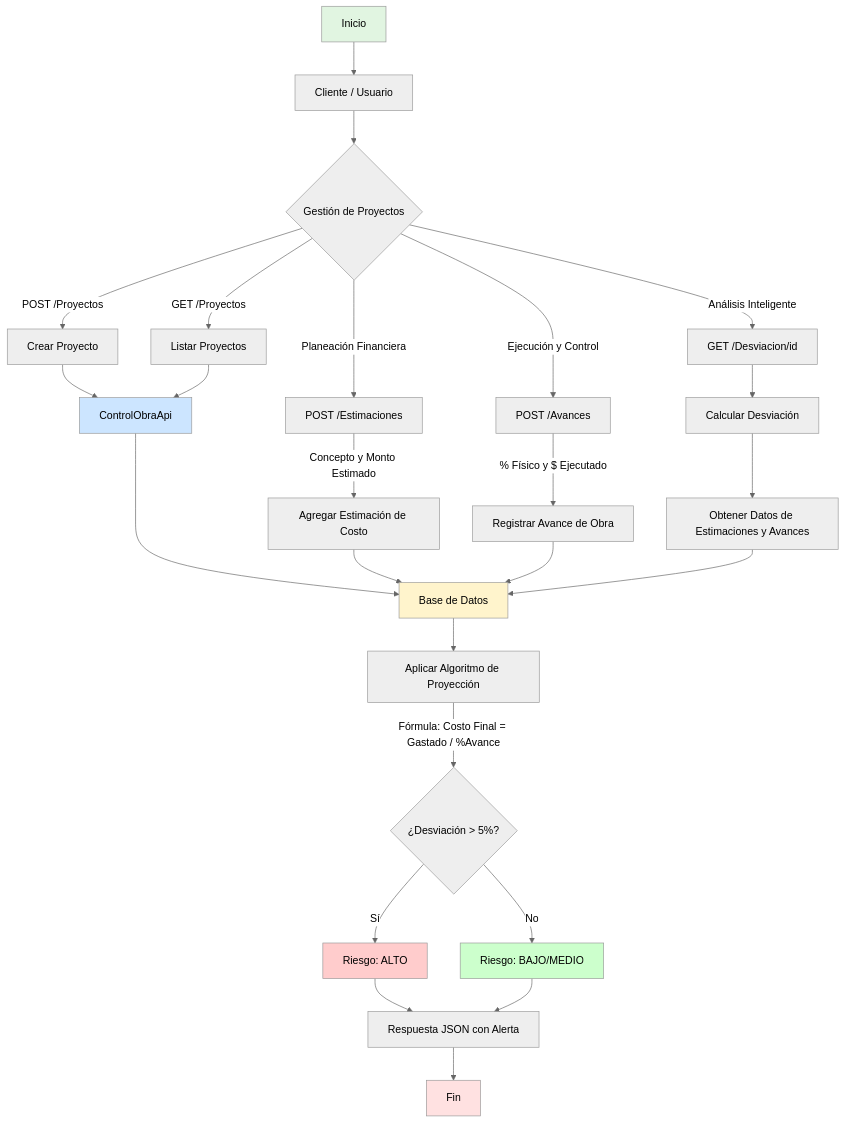
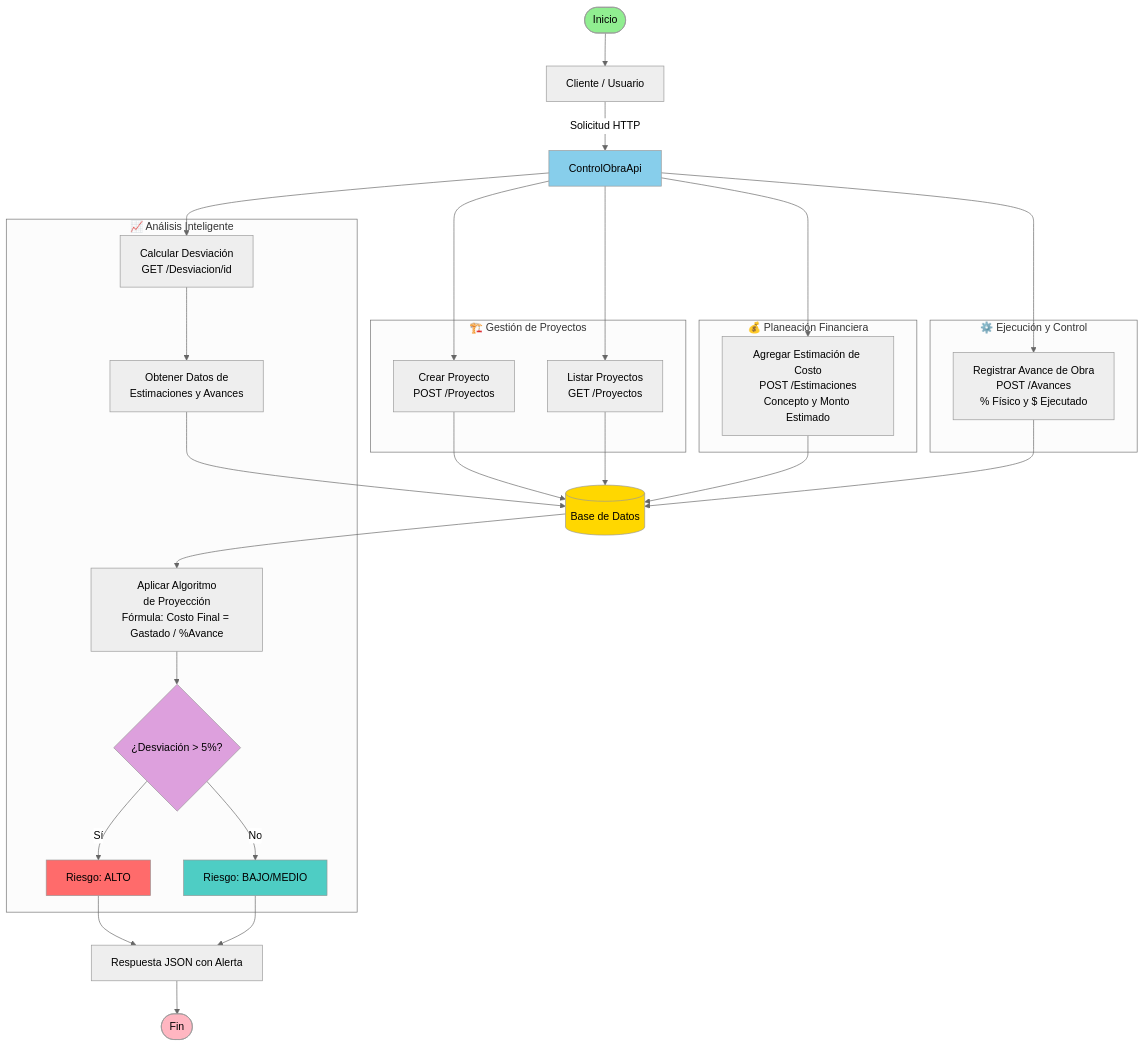
Before and after one commit to DRMiguel25/ControlObraApi: the diagram in README.md, drawn with Mermaid (neutral theme). The commit also changed other lines of this file, not shown here.

Commit message:
Revise flow diagram and module descriptions
Updated the flow diagram to include main modules and improved descriptions.

````diff
--- a/README.md
+++ b/README.md
@@ -104,44 +104,60 @@
 ```mermaid
 graph TD
-    A[Inicio] --> B[Cliente / Usuario]
-    B --> C{Gestión de Proyectos}
+    Start([Inicio]) --> User[Cliente / Usuario]
     
-    C -->|POST /Proyectos| D[Crear Proyecto]
-    C -->|GET /Proyectos| E[Listar Proyectos]
+    User -->|Solicitud HTTP| API[ControlObraApi]
     
-    D --> F[ControlObraApi]
-    E --> F
+    subgraph Gestión["🏗️ Gestión de Proyectos"]
+        CreateP[Crear Proyecto<br/>POST /Proyectos]
+        ListP[Listar Proyectos<br/>GET /Proyectos]
+    end
     
-    F --> G[Base de Datos]
+    subgraph Planning["💰 Planeación Financiera"]
+        AddEst[Agregar Estimación de Costo<br/>POST /Estimaciones<br/>Concepto y Monto Estimado]
+    end
     
-    C -->|Planeación Financiera| H[POST /Estimaciones]
-    H -->|Concepto y Monto Estimado| I[Agregar Estimación de Costo]
-    I --> G
+    subgraph Execution["⚙️ Ejecución y Control"]
+        RegAvance[Registrar Avance de Obra<br/>POST /Avances<br/>% Físico y $ Ejecutado]
+    end
     
-    C -->|Ejecución y Control| J[POST /Avances]
-    J -->|% Físico y $ Ejecutado| K[Registrar Avance de Obra]
-    K --> G
+    subgraph Analysis["📈 Análisis Inteligente"]
+        CalcDesv[Calcular Desviación<br/>GET /Desviacion/id]
+        GetData[Obtener Datos de<br/>Estimaciones y Avances]
+        Algorithm[Aplicar Algoritmo<br/>de Proyección<br/>Fórmula: Costo Final = Gastado / %Avance]
+        Decision{¿Desviación > 5%?}
+        RiskHigh[Riesgo: ALTO]
+        RiskLow[Riesgo: BAJO/MEDIO]
+    end
     
-    C -->|Análisis Inteligente| L[GET /Desviacion/id]
-    L --> M[Calcular Desviación]
+    API --> CreateP
+    API --> ListP
+    API --> AddEst
+    API --> RegAvance
+    API --> CalcDesv
     
-    M --> N[Obtener Datos de Estimaciones y Avances]
-    N --> G
-    G --> O[Aplicar Algoritmo de Proyección]
-    O -->|Fórmula: Costo Final = Gastado / %Avance| P{¿Desviación > 5%?}
+    CreateP --> DB[(Base de Datos)]
+    ListP --> DB
+    AddEst --> DB
+    RegAvance --> DB
     
-    P -->|Sí| Q[Riesgo: ALTO]
-    P -->|No| R[Riesgo: BAJO/MEDIO]
+    CalcDesv --> GetData
+    GetData --> DB
+    DB --> Algorithm
+    Algorithm --> Decision
     
-    Q --> S[Respuesta JSON con Alerta]
-    R --> S
+    Decision -->|Sí| RiskHigh
+    Decision -->|No| RiskLow
     
-    S --> T[Fin]
+    RiskHigh --> Response[Respuesta JSON con Alerta]
+    RiskLow --> Response
     
-    style A fill:#e1f5e1
-    style T fill:#ffe1e1
-    style Q fill:#ffcccc
-    style R fill:#ccffcc
-    style F fill:#cce5ff
-    style G fill:#fff4cc
+    Response --> End([Fin])
+    
+    style Start fill:#90EE90
+    style End fill:#FFB6C1
+    style API fill:#87CEEB
+    style DB fill:#FFD700
+    style Decision fill:#DDA0DD
+    style RiskHigh fill:#FF6B6B
+    style RiskLow fill:#4ECDC4
 ```
````
